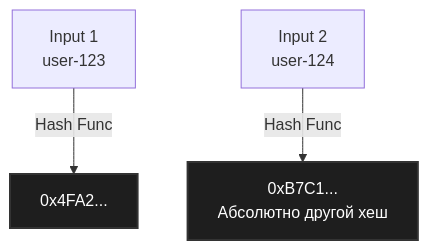
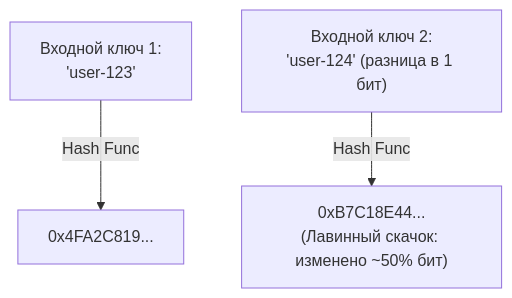
One commit to UnrealTemplier/go-textbook changed the first of 3 diagrams in sources/20. Алгоритмы и структуры данных (DSA) на Go/03. Хеширование/1. Хеш функции и равномерность распределения.md. Above: the diagram before and after it, drawn with Mermaid. The commit also changed other lines of this file, not shown here.

Commit message:
feat(module-20): editorial rewrite of 03.1 Hash functions and distribution in Kernighan style

````diff
--- a/sources/20. Алгоритмы и структуры данных (DSA) на Go/03. Хеширование/1. Хеш функции и равномерность распределения.md
+++ b/sources/20. Алгоритмы и структуры данных (DSA) на Go/03. Хеширование/1. Хеш функции и равномерность распределения.md
@@ -21,8 +31,5 @@
 ```mermaid
 flowchart TD
-    A["Input 1<br>user-123"] -->|"Hash Func"| B["0x4FA2..."]
-    C["Input 2<br>user-124"] -->|"Hash Func"| D["0xB7C1...<br>Абсолютно другой хеш"]
-    
-    style B fill:#1e1e1e,stroke:#333,stroke-width:2px,color:#fff
-    style D fill:#1e1e1e,stroke:#333,stroke-width:2px,color:#fff
+    A["Входной ключ 1:<br/>'user-123'"] -->|"Hash Func"| B["0x4FA2C819..."]
+    C["Входной ключ 2:<br/>'user-124' (разница в 1 бит)"] -->|"Hash Func"| D["0xB7C18E44...<br/>(Лавинный скачок: изменено ~50% бит)"]
 ```
````
